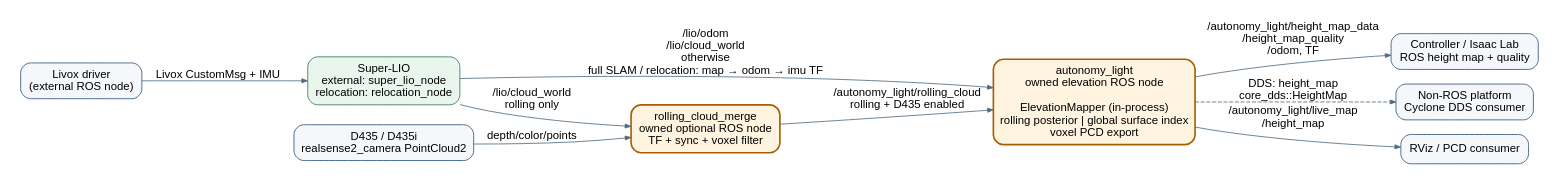
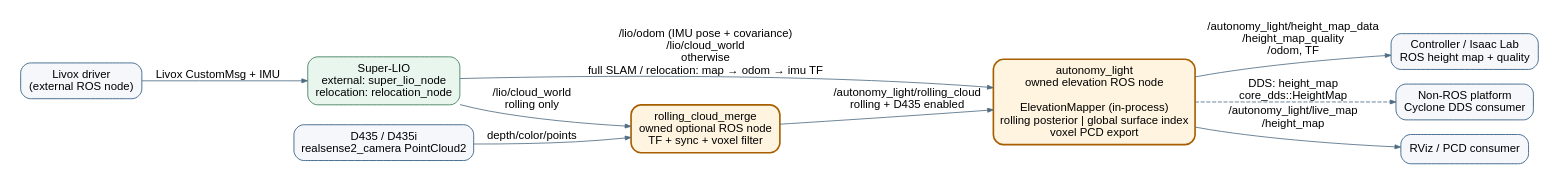
One commit to cocelo-ai/autonomy changed the diagram in docs/software_node_topology.dot. Above: the diagram before and after it, drawn with Graphviz. The commit also changed 18 other files, not shown here.

```diff
--- a/docs/software_node_topology.dot
+++ b/docs/software_node_topology.dot
@@ -1,28 +1,28 @@
 digraph autonomy_light {
   rankdir=LR;
   graph [fontname="Arial", bgcolor="white", pad="0.25"];
   node [fontname="Arial", shape=box, style="rounded,filled", color="#24527a",
         fillcolor="#edf5fb", margin="0.16,0.10"];
   edge [fontname="Arial", color="#4d6b82", arrowsize="0.7"];
 
   livox [label="Livox driver\n(external ROS node)", fillcolor="#f5f7fa"];
   lio [label="Super-LIO\nexternal: super_lio_node\nrelocation: relocation_node",
        fillcolor="#e9f6ee", color="#32734d"];
   d435 [label="D435 / D435i\nrealsense2_camera PointCloud2", fillcolor="#f5f7fa"];
   merge [label="rolling_cloud_merge\nowned optional ROS node\nTF + sync + voxel filter",
          fillcolor="#fff4df", color="#a65e00", penwidth="2"];
   runtime [label="autonomy_light\nowned elevation ROS node\n\nElevationMapper (in-process)\nrolling posterior | global surface index\nvoxel PCD export",
            fillcolor="#fff4df", color="#a65e00", penwidth="2"];
   control [label="Controller / Isaac Lab\nROS height map + quality", fillcolor="#f5f7fa"];
   dds [label="Non-ROS platform\nCyclone DDS consumer", fillcolor="#f5f7fa"];
   rviz [label="RViz / PCD consumer", fillcolor="#f5f7fa"];
 
   livox -> lio [label="Livox CustomMsg + IMU"];
   lio -> merge [label="/lio/cloud_world\nrolling only"];
   d435 -> merge [label="depth/color/points"];
   merge -> runtime [label="/autonomy_light/rolling_cloud\nrolling + D435 enabled"];
-  lio -> runtime [label="/lio/odom\n/lio/cloud_world\notherwise\nfull SLAM / relocation: map → odom → imu TF"];
+  lio -> runtime [label="/lio/odom (IMU pose + covariance)\n/lio/cloud_world\notherwise\nfull SLAM / relocation: map → odom → imu TF"];
   runtime -> control [label="/autonomy_light/height_map_data\n/height_map_quality\n/odom, TF"];
   runtime -> dds [label="DDS: height_map\ncore_dds::HeightMap", style=dashed];
   runtime -> rviz [label="/autonomy_light/live_map\n/height_map"];
 }
```
